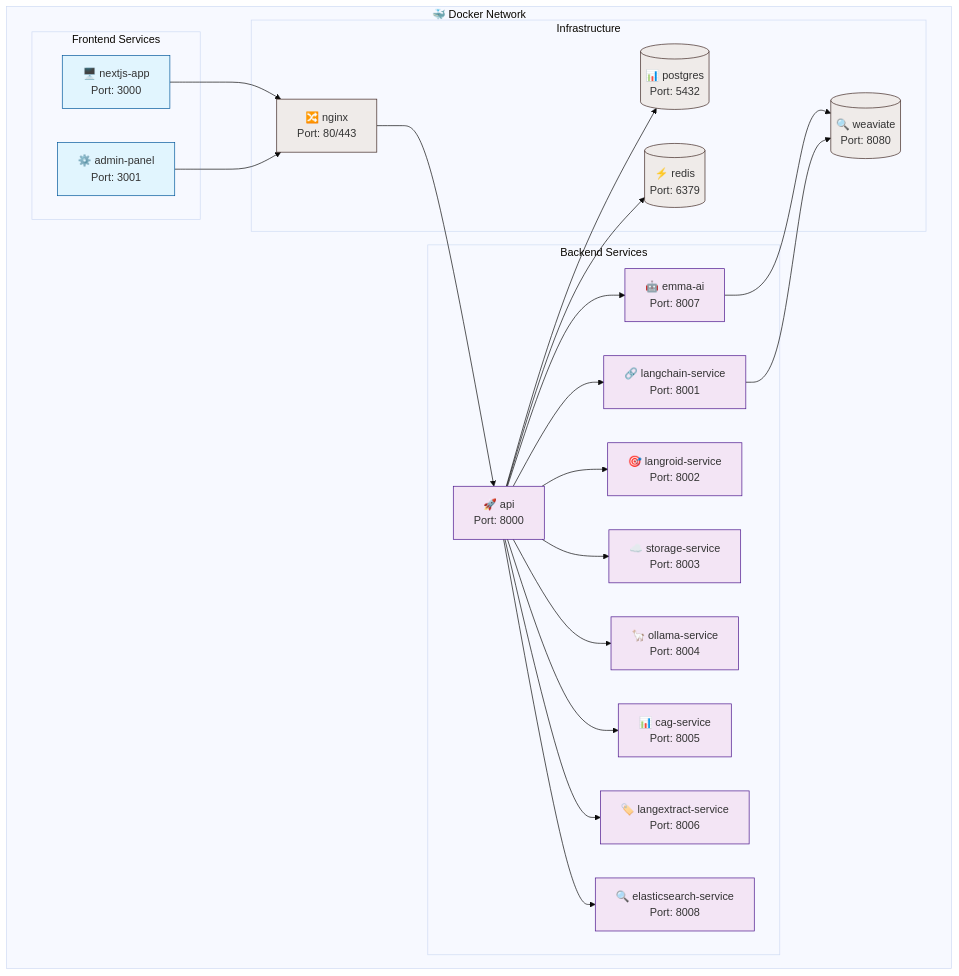
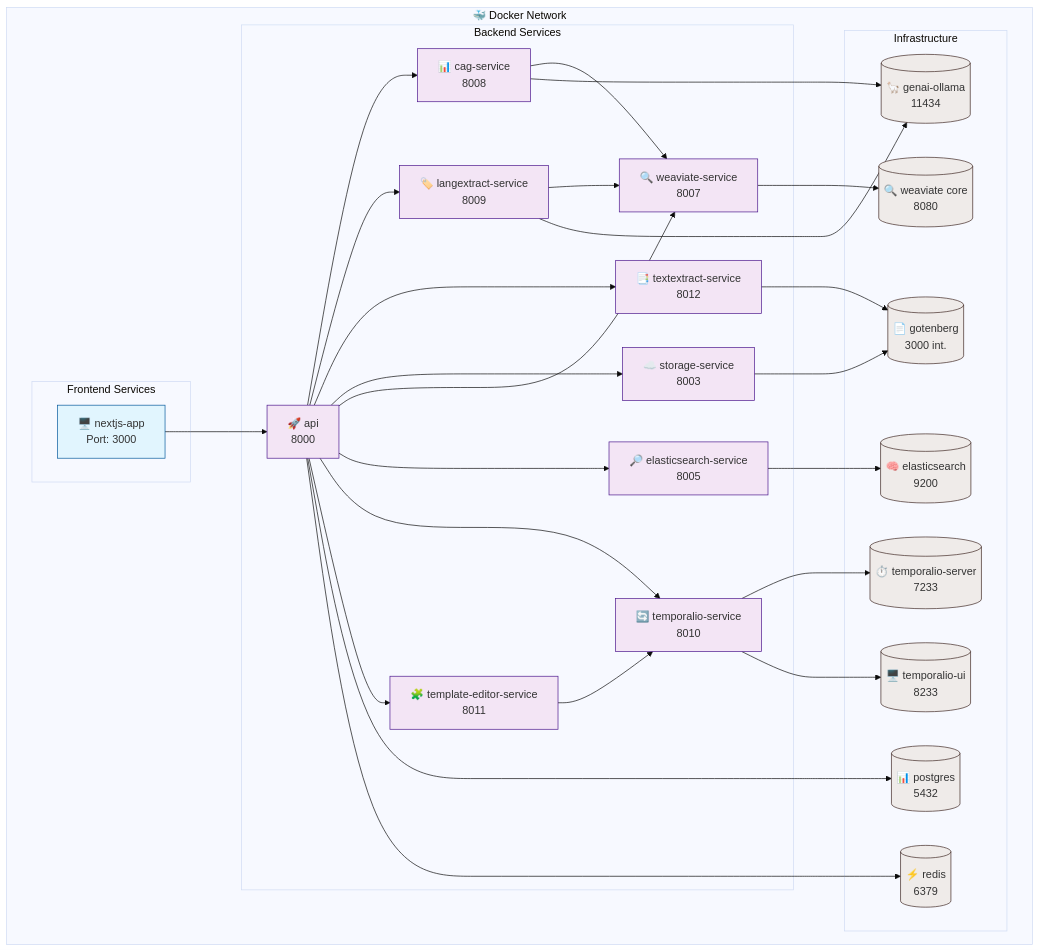
The fifth of 5 diagrams in README.md (horelvis/nexus-documents-ia), drawn with Mermaid (base theme) before and after one commit. The commit also changed other lines of this file and 1 other file, not shown here.

Commit message:
docs: align architecture docs with active services

````diff
--- a/README.md
+++ b/README.md
@@ -466,54 +474,66 @@
 ```mermaid
 graph TB
     subgraph "🐳 Docker Network"
         subgraph "Frontend Services"
             NextJS[🖥️ nextjs-app<br/>Port: 3000]
-            Admin[⚙️ admin-panel<br/>Port: 3001]
         end
 
         subgraph "Backend Services"
-            API[🚀 api<br/>Port: 8000]
-            Emma[🤖 emma-ai<br/>Port: 8007]
-            LangChain[🔗 langchain-service<br/>Port: 8001]
-            Langroid[🎯 langroid-service<br/>Port: 8002]
-            Storage[☁️ storage-service<br/>Port: 8003]
-            Ollama[🦙 ollama-service<br/>Port: 8004]
-            CAG[📊 cag-service<br/>Port: 8005]
-             LangExtract[🏷️ langextract-service<br/>Port: 8006]
-             Elasticsearch[🔍 elasticsearch-service<br/>Port: 8008]
+            API[🚀 api<br/>8000]
+            CAG[📊 cag-service<br/>8008]
+            LangExtract[🏷️ langextract-service<br/>8009]
+            TextExtract[📑 textextract-service<br/>8012]
+            Storage[☁️ storage-service<br/>8003]
+            WeaviateSvc[🔍 weaviate-service<br/>8007]
+            ElasticSvc[🔎 elasticsearch-service<br/>8005]
+            TemporalSvc[🔄 temporalio-service<br/>8010]
+            TemplateSvc[🧩 template-editor-service<br/>8011]
         end
 
         subgraph "Infrastructure"
-            Postgres[(📊 postgres<br/>Port: 5432)]
-            Weaviate[(🔍 weaviate<br/>Port: 8080)]
-            Redis[(⚡ redis<br/>Port: 6379)]
-            Nginx[🔀 nginx<br/>Port: 80/443]
+            Postgres[(📊 postgres<br/>5432)]
+            Redis[(⚡ redis<br/>6379)]
+            Weaviate[(🔍 weaviate core<br/>8080)]
+            Elasticsearch[(🧠 elasticsearch<br/>9200)]
+            TemporalServer[(⏱️ temporalio-server<br/>7233)]
+            TemporalUI[(🖥️ temporalio-ui<br/>8233)]
+            Gotenberg[(📄 gotenberg<br/>3000 int.)]
+            Ollama[(🦙 genai-ollama<br/>11434)]
         end
     end
 
-    NextJS --> Nginx
-    Admin --> Nginx
-    Nginx --> API
+    NextJS --> API
 
-     API --> Emma
-     API --> LangChain
-     API --> Langroid
-     API --> Storage
-     API --> Ollama
-     API --> CAG
-     API --> LangExtract
-     API --> Elasticsearch
+    API --> CAG
+    API --> LangExtract
+    API --> TextExtract
+    API --> Storage
+    API --> WeaviateSvc
+    API --> ElasticSvc
+    API --> TemporalSvc
+    API --> TemplateSvc
 
-    Emma --> Weaviate
-    LangChain --> Weaviate
+    CAG --> WeaviateSvc
+    LangExtract --> WeaviateSvc
+    CAG --> Ollama
+    LangExtract --> Ollama
+    TextExtract --> Gotenberg
+
+    WeaviateSvc --> Weaviate
+    ElasticSvc --> Elasticsearch
+    Storage --> Gotenberg
+    TemporalSvc --> TemporalServer
+    TemporalSvc --> TemporalUI
+    TemplateSvc --> TemporalSvc
+
     API --> Postgres
     API --> Redis
 
     classDef frontend fill:#e1f5fe,stroke:#01579b
     classDef backend fill:#f3e5f5,stroke:#4a148c
     classDef infra fill:#efebe9,stroke:#3e2723
 
-    class NextJS,Admin frontend
-    class API,Emma,LangChain,Langroid,Storage,Ollama,CAG,LangExtract,Elasticsearch backend
-    class Postgres,Weaviate,Redis,Nginx infra
+    class NextJS frontend
+    class API,CAG,LangExtract,TextExtract,Storage,WeaviateSvc,ElasticSvc,TemporalSvc,TemplateSvc backend
+    class Postgres,Redis,Weaviate,Elasticsearch,TemporalServer,TemporalUI,Gotenberg,Ollama infra
 ```
````
